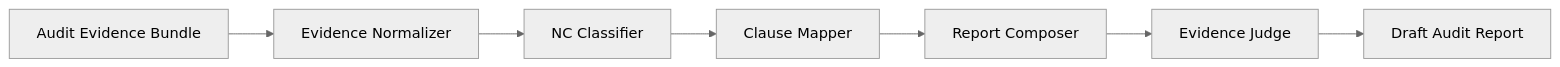
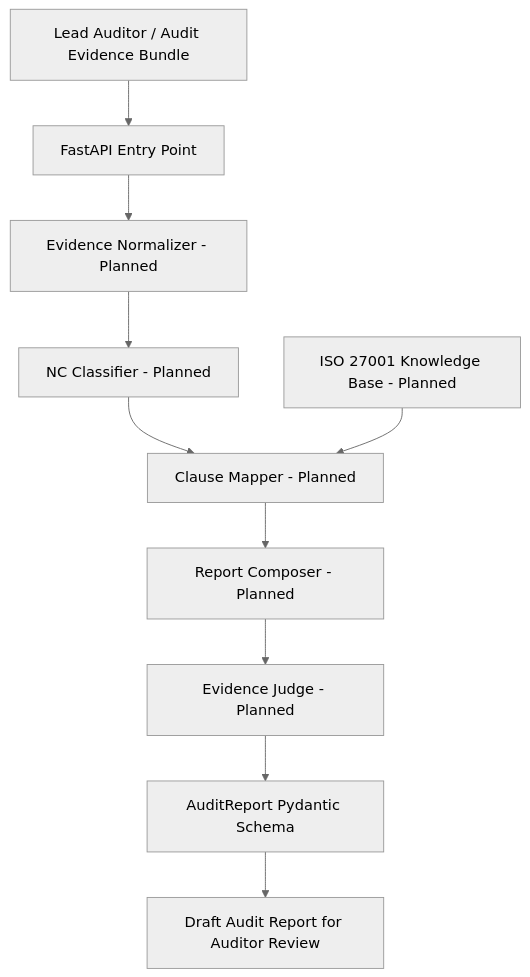
One commit to Folkkkks/ISOAuditReportGenerator changed the diagram in README.md. Above: the diagram before and after it, drawn with Mermaid (neutral theme). The commit also changed other lines of this file and 1 other file, not shown here.

````diff
--- a/README.md
+++ b/README.md
@@ -32,15 +77,17 @@
 ```mermaid
-flowchart LR
-    A[Audit Evidence Bundle]
-    --> B[Evidence Normalizer]
+flowchart TD
+    A[Lead Auditor / Audit Evidence Bundle]
+    A --> B[FastAPI Entry Point]
 
-    B --> C[NC Classifier]
+    B --> C[Evidence Normalizer - Planned]
+    C --> D[NC Classifier - Planned]
+    D --> E[Clause Mapper - Planned]
 
-    C --> D[Clause Mapper]
+    K[ISO 27001 Knowledge Base - Planned]
+    K --> E
 
-    D --> E[Report Composer]
-
-    E --> F[Evidence Judge]
-
-    F --> G[Draft Audit Report]
+    E --> F[Report Composer - Planned]
+    F --> G[Evidence Judge - Planned]
+    G --> H[AuditReport Pydantic Schema]
+    H --> I[Draft Audit Report for Auditor Review]
 ```
````
